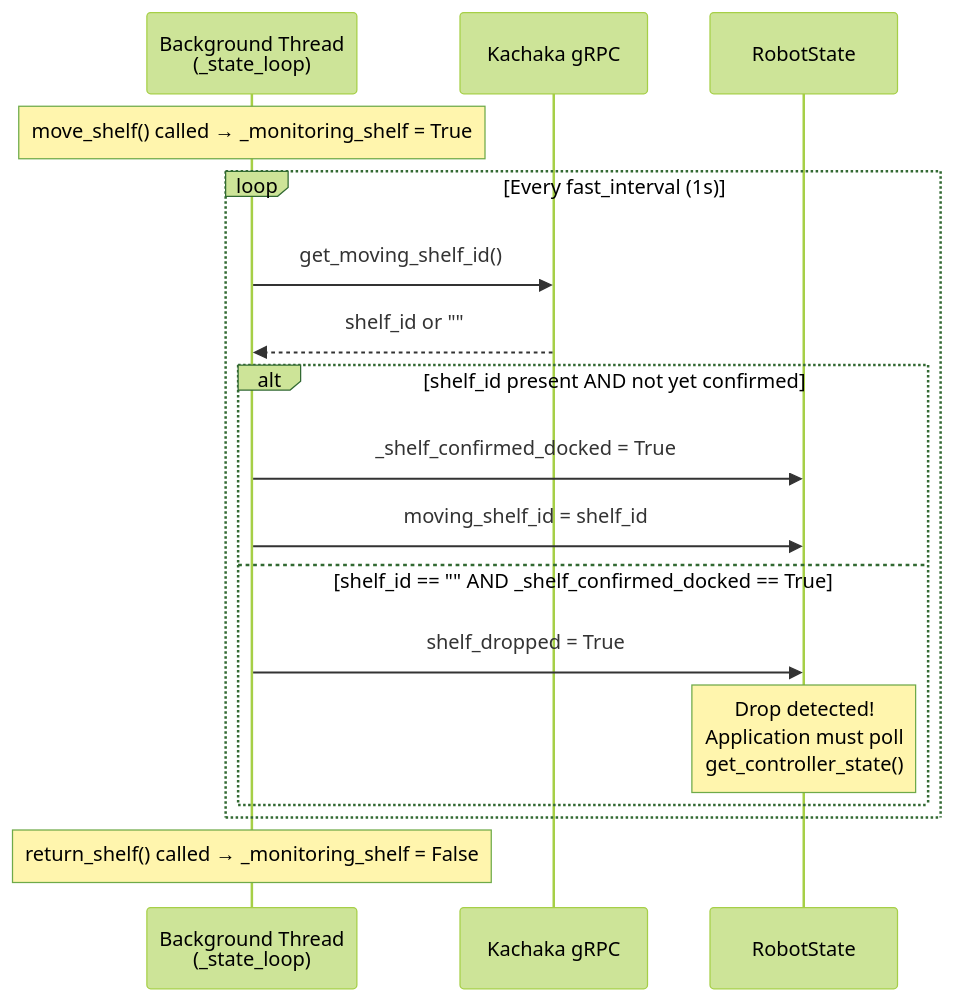
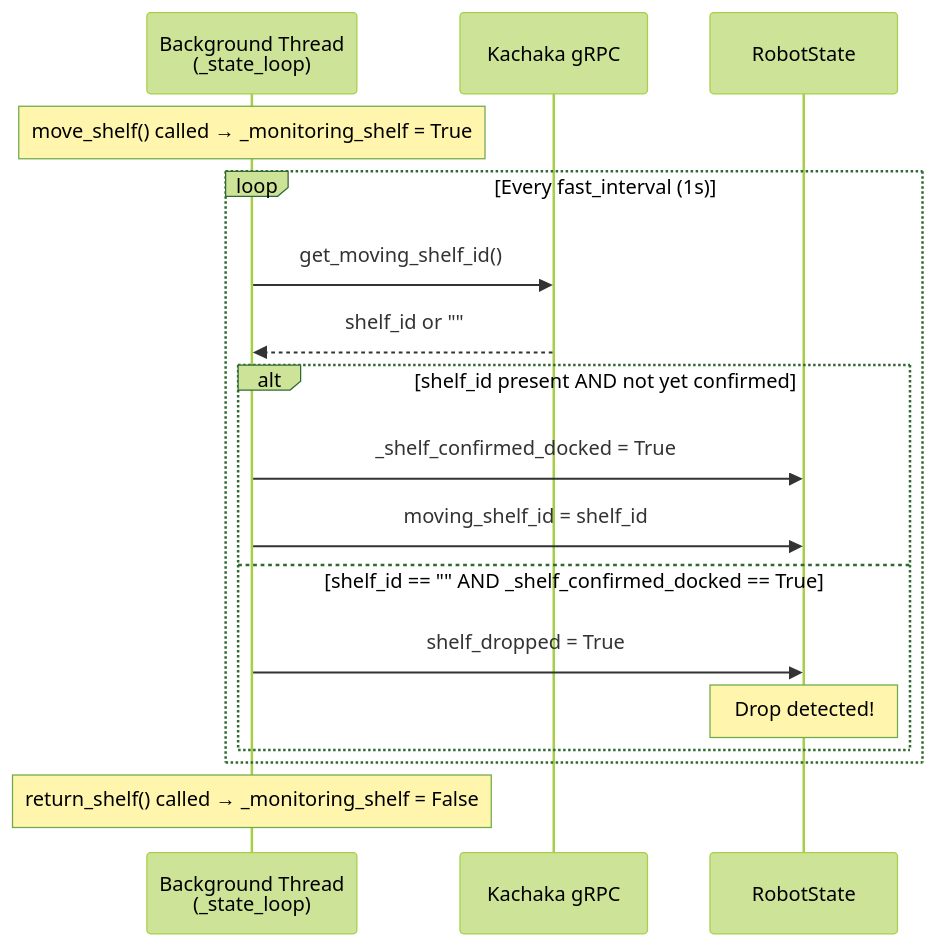
One commit to sigmarobotics/kachaka-sdk-toolkit changed the sixth of 6 diagrams in README.md. Above: the diagram before and after it, drawn with Mermaid (forest theme). The commit also changed other lines of this file and 3 other files, not shown here.

````diff
--- a/README.md
+++ b/README.md
@@ -939,23 +1024,23 @@
 ```mermaid
 sequenceDiagram
     participant BG as Background Thread<br/>(_state_loop)
     participant API as Kachaka gRPC
     participant State as RobotState
 
     Note over BG: move_shelf() called → _monitoring_shelf = True
 
     loop Every fast_interval (1s)
         BG->>API: get_moving_shelf_id()
         API-->>BG: shelf_id or ""
 
         alt shelf_id present AND not yet confirmed
             BG->>State: _shelf_confirmed_docked = True
             BG->>State: moving_shelf_id = shelf_id
         else shelf_id == "" AND _shelf_confirmed_docked == True
             BG->>State: shelf_dropped = True
-            Note over State: Drop detected!<br/>Application must poll<br/>get_controller_state()
+            Note over State: Drop detected!
         end
     end
 
     Note over BG: return_shelf() called → _monitoring_shelf = False
 ```
````
